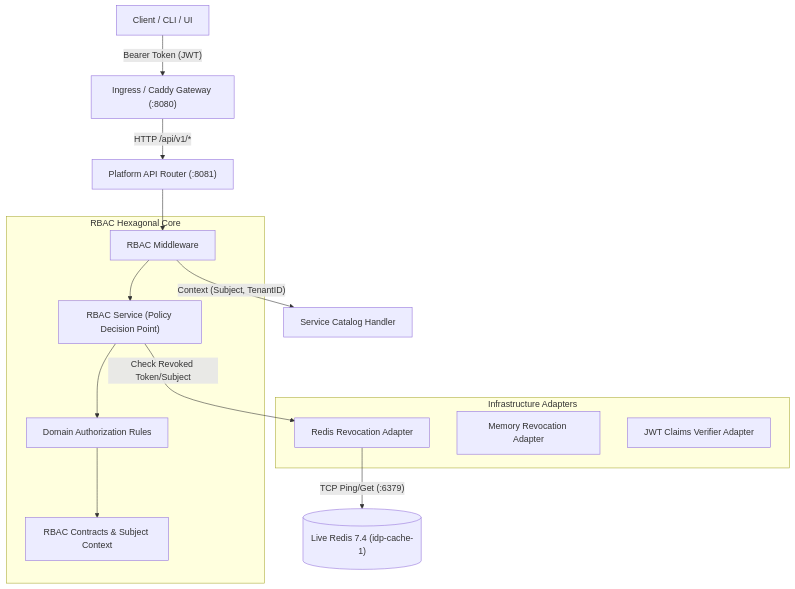
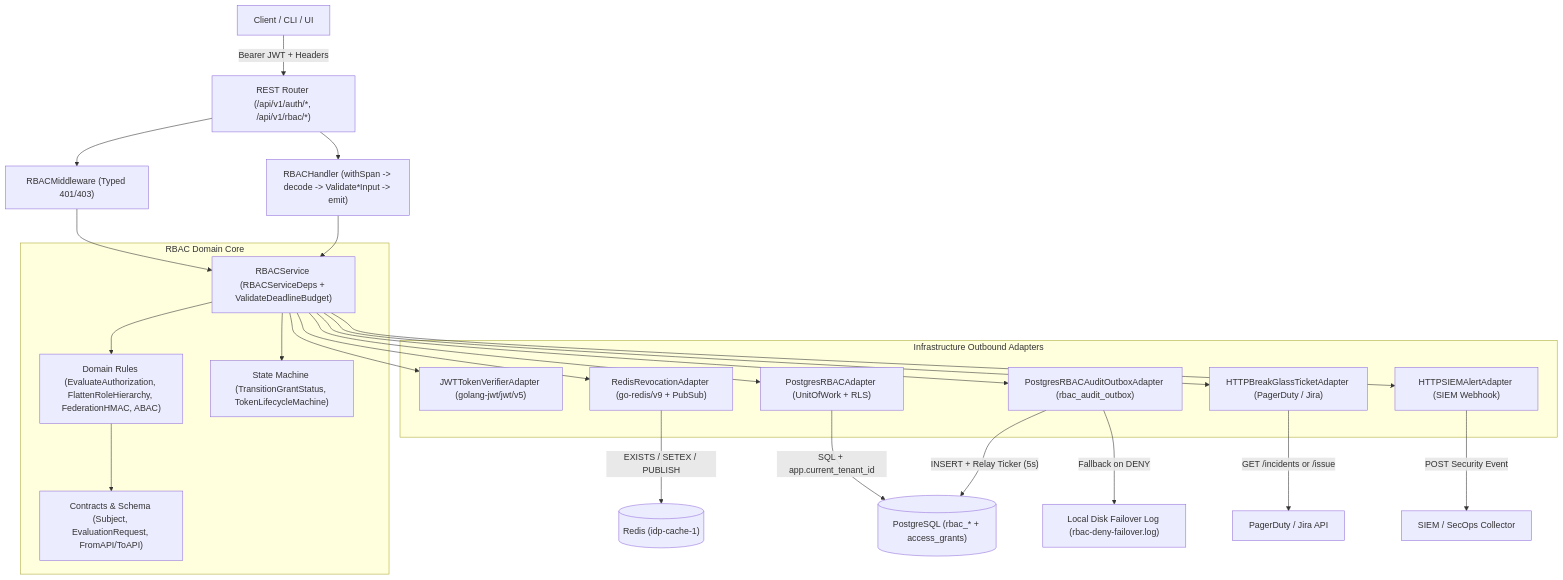
Before and after one commit to Chief-Strategist-J/internal-developer-platform: the first of 3 diagrams in docs/features/role-based-access-control/diagrams.md, drawn with Mermaid. The commit also changed other lines of this file and 21 other files, not shown here.

````diff
--- a/docs/features/role-based-access-control/diagrams.md
+++ b/docs/features/role-based-access-control/diagrams.md
@@ -5,28 +5,40 @@
 ```mermaid
 flowchart TD
-    Client["Client / CLI / UI"] -->|"Bearer Token (JWT)"| Ingress["Ingress / Caddy Gateway (:8080)"]
-    Ingress -->|"HTTP /api/v1/*"| Router["Platform API Router (:8081)"]
-    
-    subgraph Core ["RBAC Hexagonal Core"]
-        MW["RBAC Middleware"]
-        Service["RBAC Service (Policy Decision Point)"]
-        Rules["Domain Authorization Rules"]
-        Contracts["RBAC Contracts & Subject Context"]
-        
-        MW --> Service
+    Client["Client / CLI / UI"] -->|"Bearer JWT + Headers"| Router["REST Router (/api/v1/auth/*, /api/v1/rbac/*)"]
+    Router --> MW["RBACMiddleware (Typed 401/403)"]
+    Router --> Handler["RBACHandler (withSpan -> decode -> Validate*Input -> emit)"]
+    MW --> Service["RBACService (RBACServiceDeps + ValidateDeadlineBudget)"]
+    Handler --> Service
+
+    subgraph DomainCore["RBAC Domain Core"]
+        Rules["Domain Rules (EvaluateAuthorization, FlattenRoleHierarchy, FederationHMAC, ABAC)"]
+        Machine["State Machine (TransitionGrantStatus, TokenLifecycleMachine)"]
+        Contracts["Contracts & Schema (Subject, EvaluationRequest, FromAPI/ToAPI)"]
         Service --> Rules
+        Service --> Machine
         Rules --> Contracts
     end
 
-    Router --> MW
-    MW -->|"Context (Subject, TenantID)"| CatalogHandler["Service Catalog Handler"]
-    
-    subgraph SecondaryAdapters ["Infrastructure Adapters"]
-        RedisAdapter["Redis Revocation Adapter"]
-        MemAdapter["Memory Revocation Adapter"]
-        TokenAdapter["JWT Claims Verifier Adapter"]
+    subgraph OutboundAdapters["Infrastructure Outbound Adapters"]
+        JWT["JWTTokenVerifierAdapter (golang-jwt/jwt/v5)"]
+        Redis["RedisRevocationAdapter (go-redis/v9 + PubSub)"]
+        Postgres["PostgresRBACAdapter (UnitOfWork + RLS)"]
+        Outbox["PostgresRBACAuditOutboxAdapter (rbac_audit_outbox)"]
+        Ticket["HTTPBreakGlassTicketAdapter (PagerDuty / Jira)"]
+        SIEM["HTTPSIEMAlertAdapter (SIEM Webhook)"]
     end
-    
-    Service -->|"Check Revoked Token/Subject"| RedisAdapter
-    RedisAdapter -->|"TCP Ping/Get (:6379)"| LiveRedis[("Live Redis 7.4 (idp-cache-1)")]
+
+    Service --> JWT
+    Service --> Redis
+    Service --> Postgres
+    Service --> Outbox
+    Service --> Ticket
+    Service --> SIEM
+
+    Redis -->|"EXISTS / SETEX / PUBLISH"| LiveRedis[("Redis (idp-cache-1)")]
+    Postgres -->|"SQL + app.current_tenant_id"| LivePG[("PostgreSQL (rbac_* + access_grants)")]
+    Outbox -->|"INSERT + Relay Ticker (5s)"| LivePG
+    Outbox -->|"Fallback on DENY"| FailoverLog["Local Disk Failover Log (rbac-deny-failover.log)"]
+    Ticket -->|"GET /incidents or /issue"| ExtTicketing["PagerDuty / Jira API"]
+    SIEM -->|"POST Security Event"| ExtSIEM["SIEM / SecOps Collector"]
 ```
````
